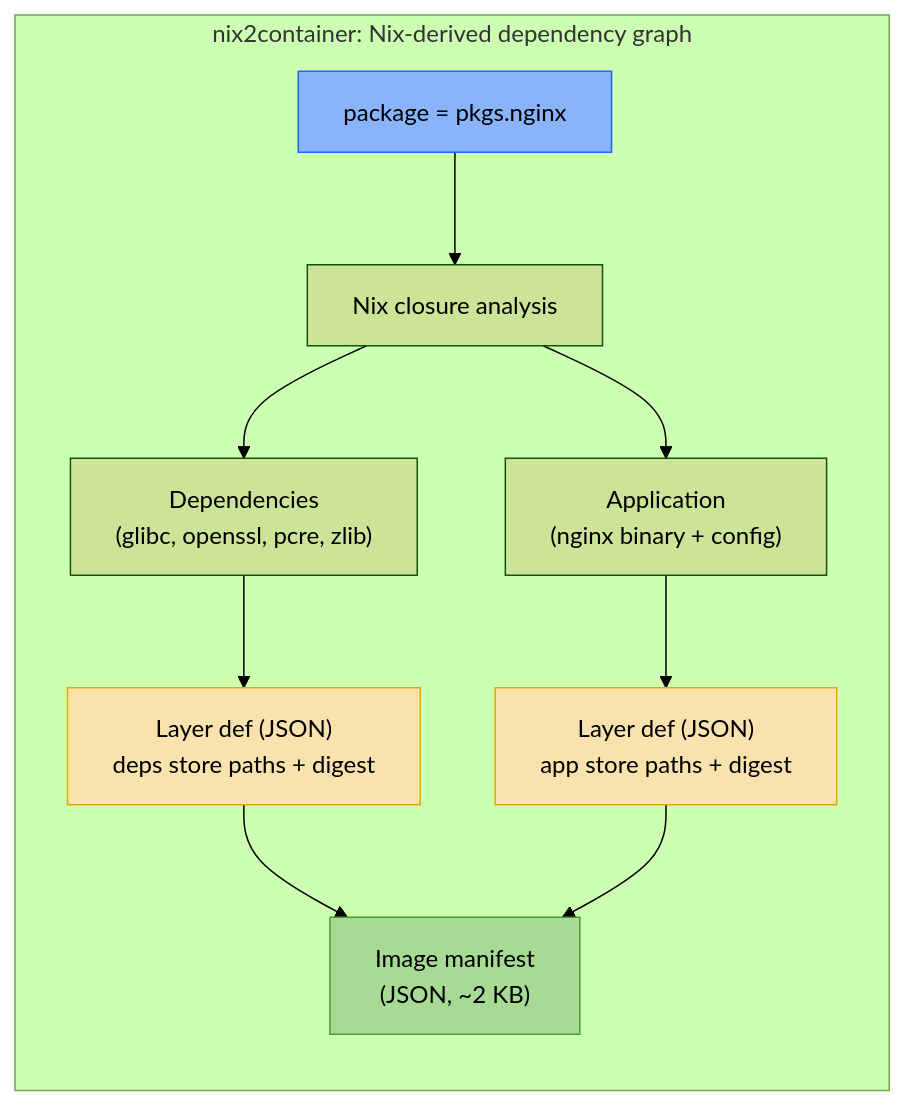
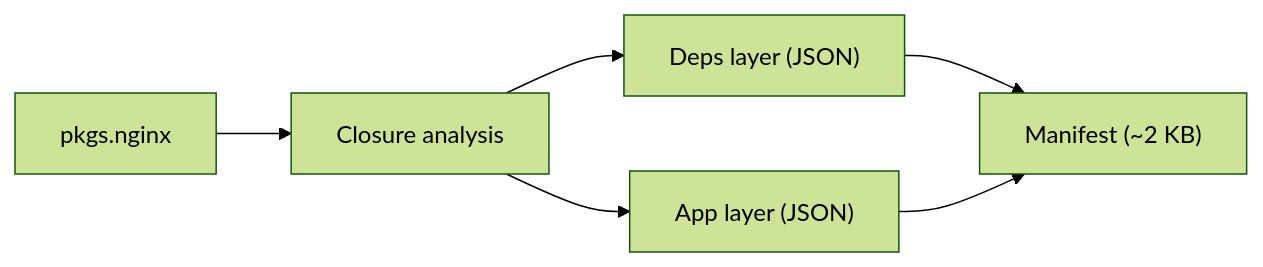
Before and after one commit to Dauliac/nix-oci: the third of 4 diagrams in docs/content/explanation/archive-less-container-building.md, drawn with Mermaid (forest theme). The commit also changed other lines of this file and 65 other files, not shown here.

````diff
--- a/docs/content/explanation/archive-less-container-building.md
+++ b/docs/content/explanation/archive-less-container-building.md
@@ -99,18 +84,8 @@
 ```mermaid
-flowchart TD
-    subgraph "nix2container: Nix-derived dependency graph"
-        direction TB
-        PKG["package = pkgs.nginx"] --> CLOSURE["Nix closure analysis"]
-        CLOSURE --> DEP["Dependencies<br/>(glibc, openssl, pcre, zlib)"]
-        CLOSURE --> APP["Application<br/>(nginx binary + config)"]
-        DEP --> JSON1["Layer def (JSON)<br/>deps store paths + digest"]
-        APP --> JSON2["Layer def (JSON)<br/>app store paths + digest"]
-        JSON1 --> MANIFEST["Image manifest<br/>(JSON, ~2 KB)"]
-        JSON2 --> MANIFEST
-    end
-
-    style PKG fill:#89b4fa,stroke:#1e66f5,color:#000
-    style MANIFEST fill:#a6da95,stroke:#40a02b,color:#000
-    style JSON1 fill:#f9e2ae,stroke:#e6a800,color:#000
-    style JSON2 fill:#f9e2ae,stroke:#e6a800,color:#000
+flowchart LR
+    PKG["pkgs.nginx"] --> CLOSURE["Closure analysis"]
+    CLOSURE --> DEP["Deps layer (JSON)"]
+    CLOSURE --> APP["App layer (JSON)"]
+    DEP --> MANIFEST["Manifest (~2 KB)"]
+    APP --> MANIFEST
 ```
````
